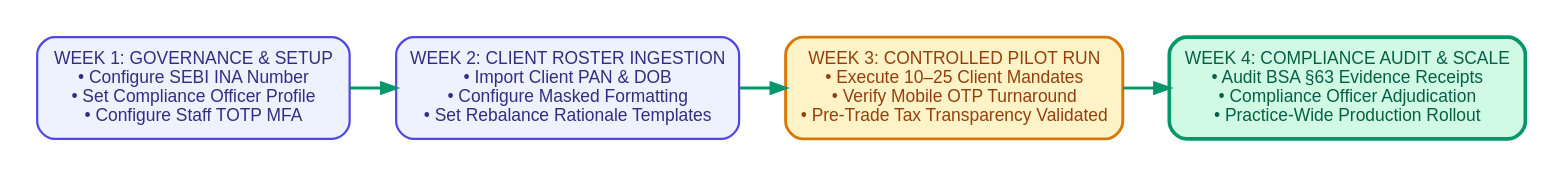
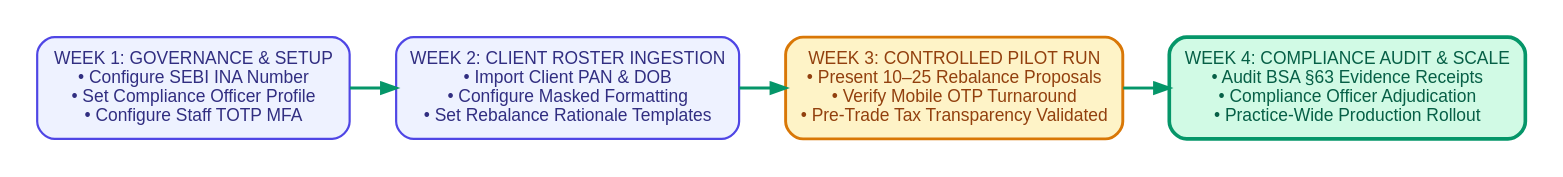
One commit to AtharvaSDeshpande/FinConsent changed the diagram in docs/diagrams/pilot-timeline.dot. Above: the diagram before and after it, drawn with Graphviz. The commit also changed 177 other files, not shown here.

Commit message:
ship: delete outdated visual audit diagrams, regenerate 18 high-res diagrams, and synchronize documentation

```diff
--- a/docs/diagrams/pilot-timeline.dot
+++ b/docs/diagrams/pilot-timeline.dot
@@ -1,38 +1,38 @@
 digraph PilotTimeline {
+    
+    bgcolor="#FFFFFF";
+    fontname="Helvetica,Arial,sans-serif";
+    fontsize=14;
+    pad="0.25,0.25";
+    nodesep=0.4;
+    ranksep=0.45;
+    splines=ortho;
 
-    graph [
-        bgcolor="#FFFFFF",
-        fontname="Helvetica,Arial,sans-serif",
-        fontsize=14,
-        pad="0.25,0.25",
-        nodesep=0.4,
-        ranksep=0.45,
-        splines=ortho
-    ];
     node [
         fontname="Helvetica,Arial,sans-serif",
         fontsize=12,
         shape=box,
         style="rounded,filled",
         fillcolor="#F8FAFC",
         color="#CBD5E1",
         penwidth=1.5,
         margin="0.15,0.12"
     ];
+
     edge [
         fontname="Helvetica,Arial,sans-serif",
         fontsize=12,
         color="#64748B",
         fontcolor="#334155",
         penwidth=1.5
     ];
 
     rankdir=LR;
 
     w1 [label="WEEK 1: GOVERNANCE & SETUP\n• Configure SEBI INA Number\n• Set Compliance Officer Profile\n• Configure Staff TOTP MFA", color="#4F46E5", fillcolor="#EEF2FF", fontcolor="#312E81"];
     w2 [label="WEEK 2: CLIENT ROSTER INGESTION\n• Import Client PAN & DOB\n• Configure Masked Formatting\n• Set Rebalance Rationale Templates", color="#4F46E5", fillcolor="#EEF2FF", fontcolor="#312E81"];
-    w3 [label="WEEK 3: CONTROLLED PILOT RUN\n• Execute 10–25 Client Mandates\n• Verify Mobile OTP Turnaround\n• Pre-Trade Tax Transparency Validated", color="#D97706", fillcolor="#FEF3C7", fontcolor="#92400E", penwidth=2.0];
+    w3 [label="WEEK 3: CONTROLLED PILOT RUN\n• Present 10–25 Rebalance Proposals\n• Verify Mobile OTP Turnaround\n• Pre-Trade Tax Transparency Validated", color="#D97706", fillcolor="#FEF3C7", fontcolor="#92400E", penwidth=2.0];
     w4 [label="WEEK 4: COMPLIANCE AUDIT & SCALE\n• Audit BSA §63 Evidence Receipts\n• Compliance Officer Adjudication\n• Practice-Wide Production Rollout", color="#059669", fillcolor="#D1FAE5", fontcolor="#065F46", penwidth=2.5];
 
     w1 -> w2 -> w3 -> w4 [color="#059669", penwidth=2.0];
 }
```
